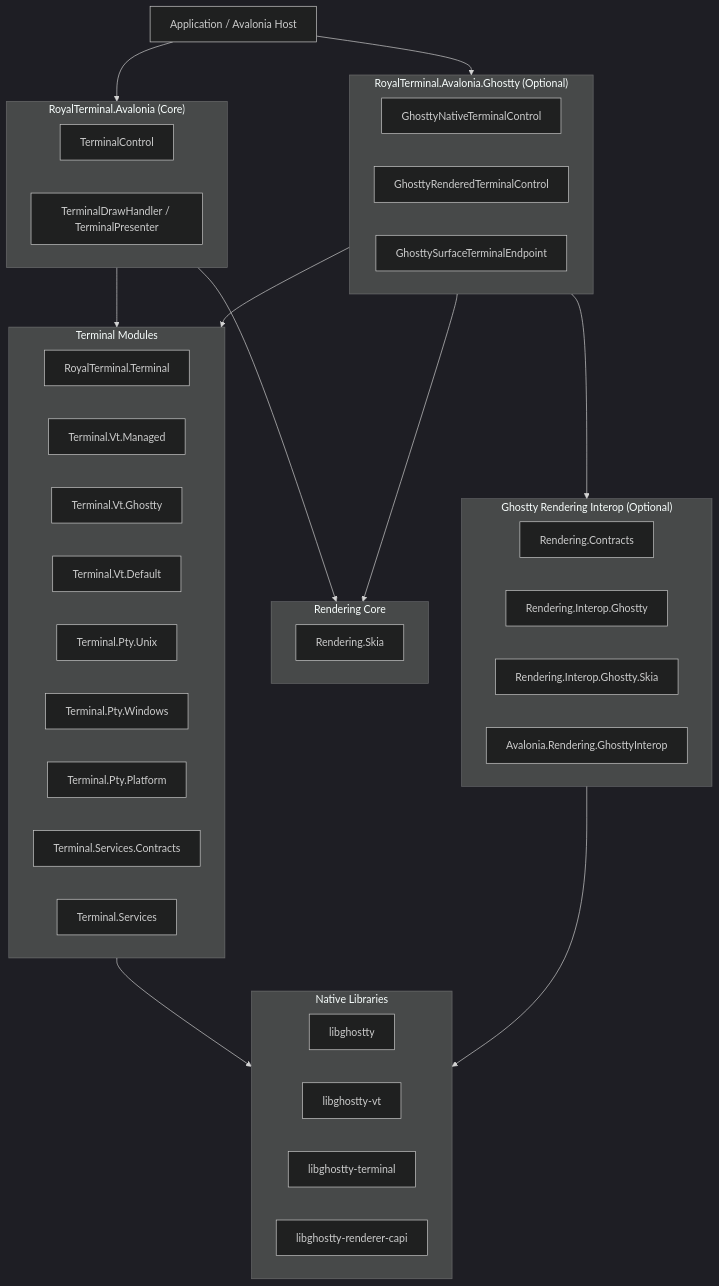
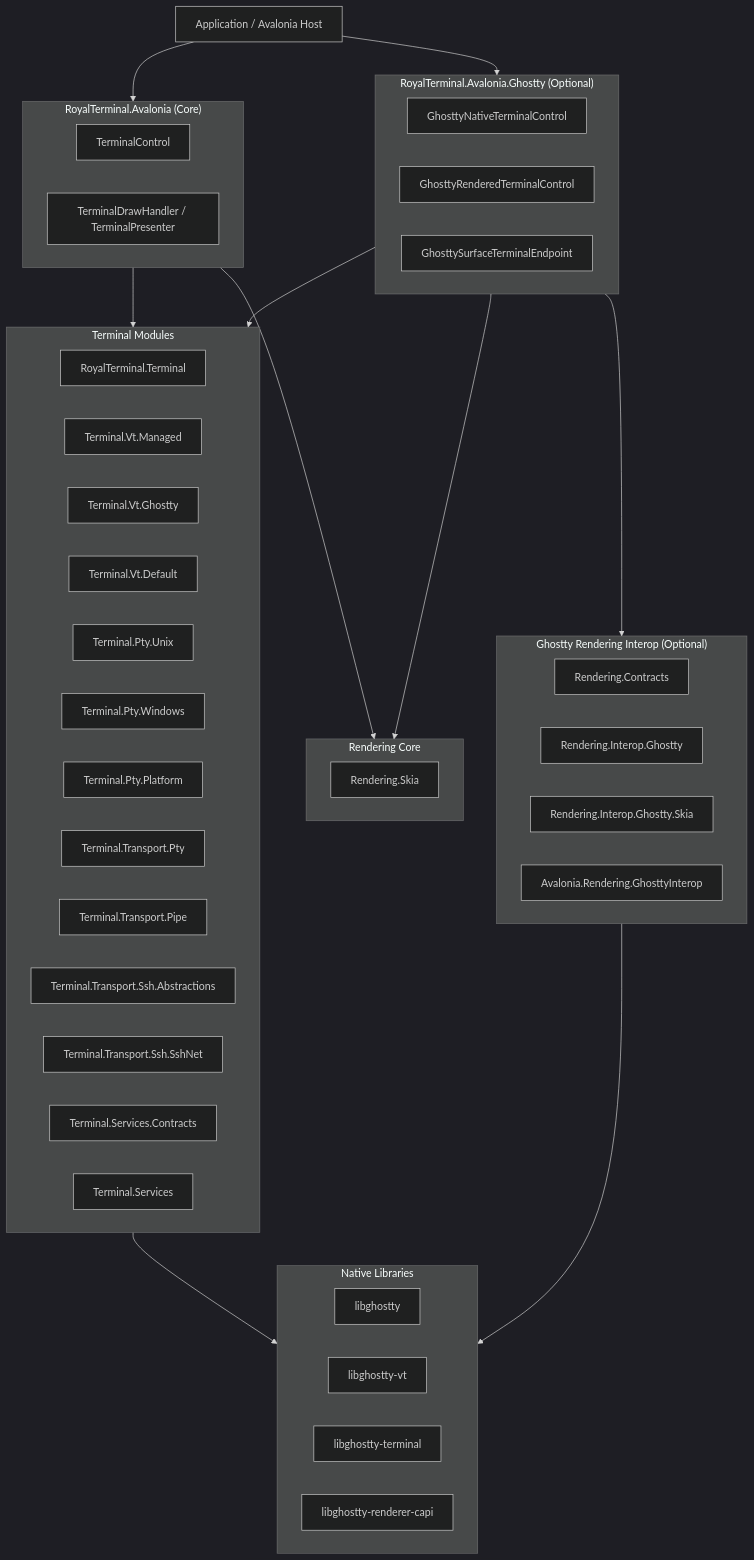
Before and after one commit to royalapplications/RoyalTerminal: the diagram in README.md, drawn with Mermaid (dark theme). The commit also changed other lines of this file, not shown here.

````diff
--- a/README.md
+++ b/README.md
@@ -82,55 +106,59 @@
 ```mermaid
 flowchart TD
     App["Application / Avalonia Host"]
 
     subgraph CoreUI["RoyalTerminal.Avalonia (Core)"]
       C1["TerminalControl"]
       C2["TerminalDrawHandler / TerminalPresenter"]
     end
 
     subgraph GhosttyUI["RoyalTerminal.Avalonia.Ghostty (Optional)"]
       G1["GhosttyNativeTerminalControl"]
       G2["GhosttyRenderedTerminalControl"]
       G3["GhosttySurfaceTerminalEndpoint"]
     end
 
     subgraph Terminal["Terminal Modules"]
       T0["RoyalTerminal.Terminal"]
       T1["Terminal.Vt.Managed"]
       T2["Terminal.Vt.Ghostty"]
       T3["Terminal.Vt.Default"]
       P1["Terminal.Pty.Unix"]
       P2["Terminal.Pty.Windows"]
       P3["Terminal.Pty.Platform"]
+      P4["Terminal.Transport.Pty"]
+      P5["Terminal.Transport.Pipe"]
+      P6["Terminal.Transport.Ssh.Abstractions"]
+      P7["Terminal.Transport.Ssh.SshNet"]
       S1["Terminal.Services.Contracts"]
       S2["Terminal.Services"]
     end
 
     subgraph CoreRender["Rendering Core"]
       R4["Rendering.Skia"]
     end
 
     subgraph GhosttyRender["Ghostty Rendering Interop (Optional)"]
       R0["Rendering.Contracts"]
       R1["Rendering.Interop.Ghostty"]
       R2["Rendering.Interop.Ghostty.Skia"]
       R3["Avalonia.Rendering.GhosttyInterop"]
     end
 
     subgraph Native["Native Libraries"]
       N1["libghostty"]
       N2["libghostty-vt"]
       N3["libghostty-terminal"]
       N4["libghostty-renderer-capi"]
     end
 
     App --> CoreUI
     App --> GhosttyUI
     CoreUI --> Terminal
     CoreUI --> CoreRender
     GhosttyUI --> Terminal
     GhosttyUI --> CoreRender
     GhosttyUI --> GhosttyRender
     Terminal --> Native
     GhosttyRender --> Native
 ```
````
